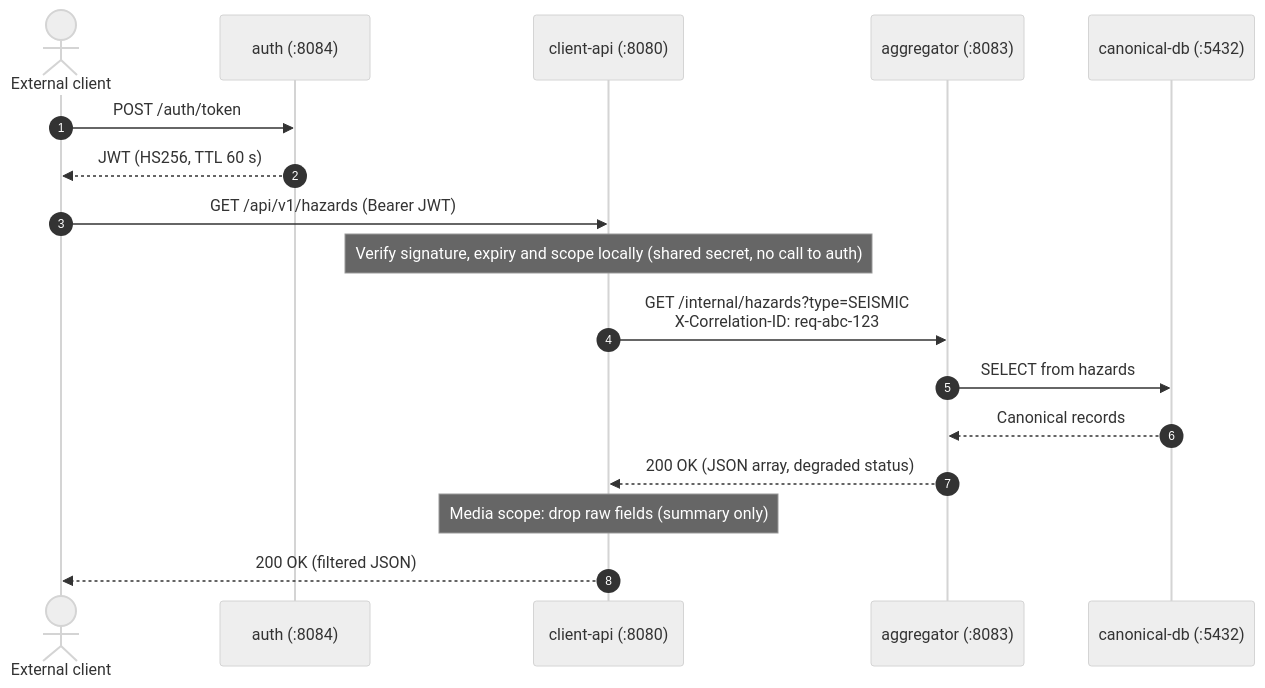
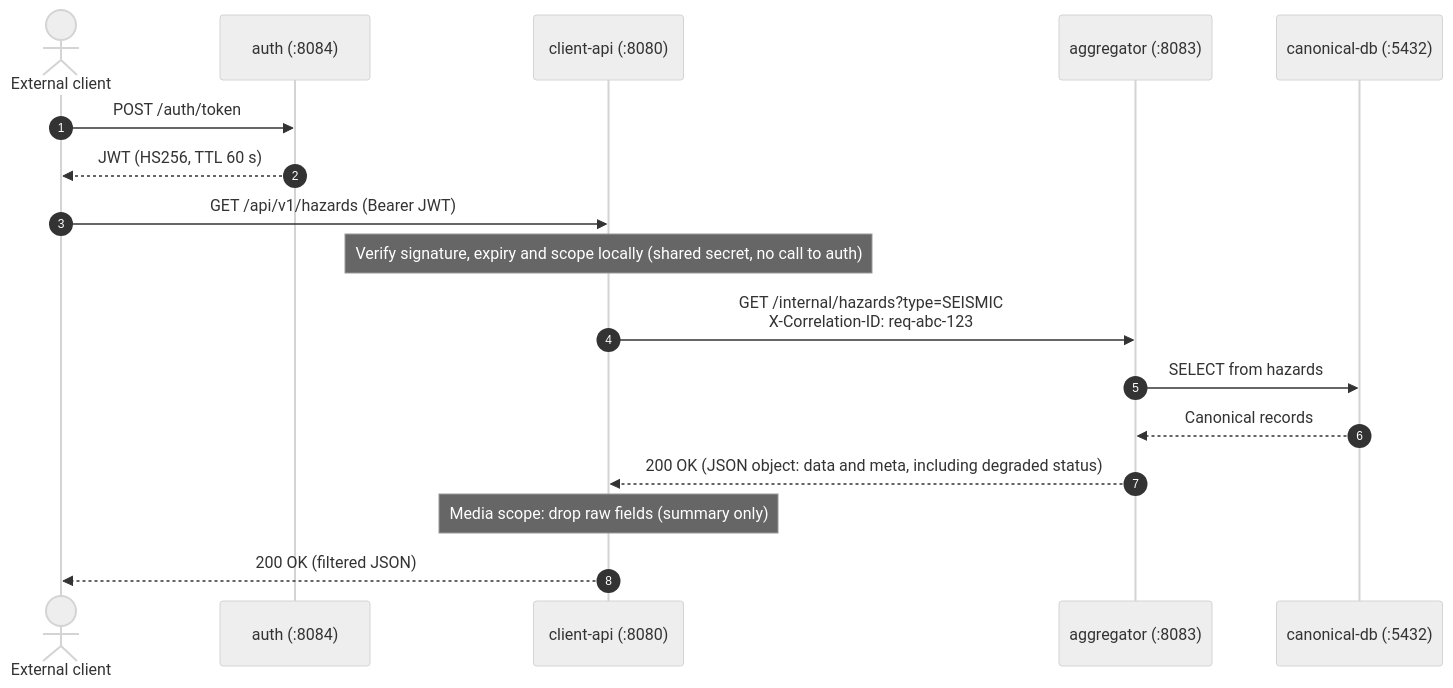
The diagram in docs/adr/004-internal-communication-rest.md (Darsua/AAT), drawn with Mermaid (neutral theme) before and after one commit. The commit also changed other lines of this file and 35 other files, not shown here.

````diff
--- a/docs/adr/004-internal-communication-rest.md
+++ b/docs/adr/004-internal-communication-rest.md
@@ -30,20 +34,20 @@
 ```mermaid
 sequenceDiagram
     autonumber
     actor Client as External client
     participant Auth as auth (:8084)
     participant CAPI as client-api (:8080)
     participant Agg as aggregator (:8083)
     participant DB as canonical-db (:5432)
 
     Client->>Auth: POST /auth/token
     Auth-->>Client: JWT (HS256, TTL 60 s)
     Client->>CAPI: GET /api/v1/hazards (Bearer JWT)
     Note over CAPI: Verify signature, expiry and scope locally (shared secret, no call to auth)
     CAPI->>Agg: GET /internal/hazards?type=SEISMIC<br/>X-Correlation-ID: req-abc-123
     Agg->>DB: SELECT from hazards
     DB-->>Agg: Canonical records
-    Agg-->>CAPI: 200 OK (JSON array, degraded status)
+    Agg-->>CAPI: 200 OK (JSON object: data and meta, including degraded status)
     Note over CAPI: Media scope: drop raw fields (summary only)
     CAPI-->>Client: 200 OK (filtered JSON)
 ```
````
